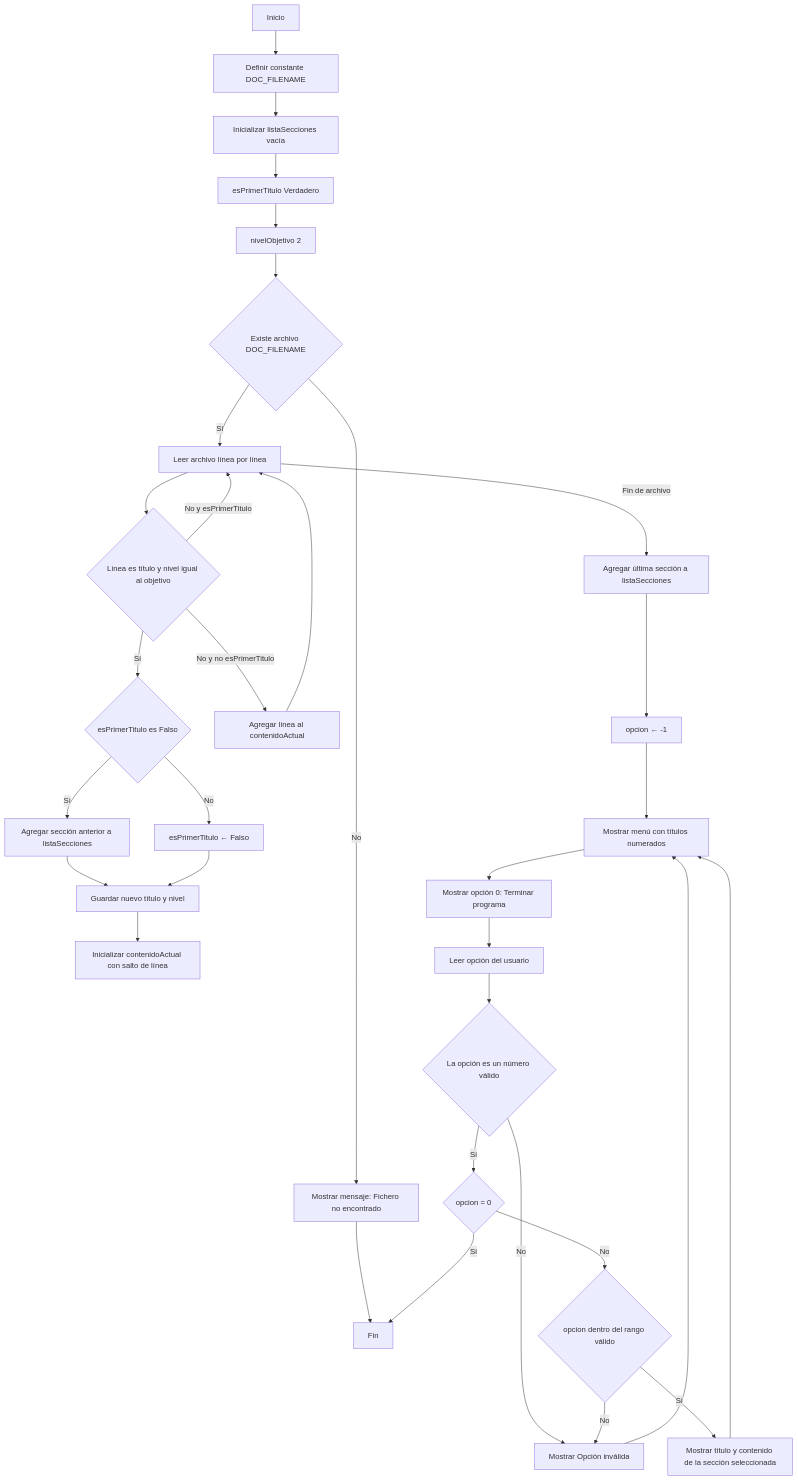
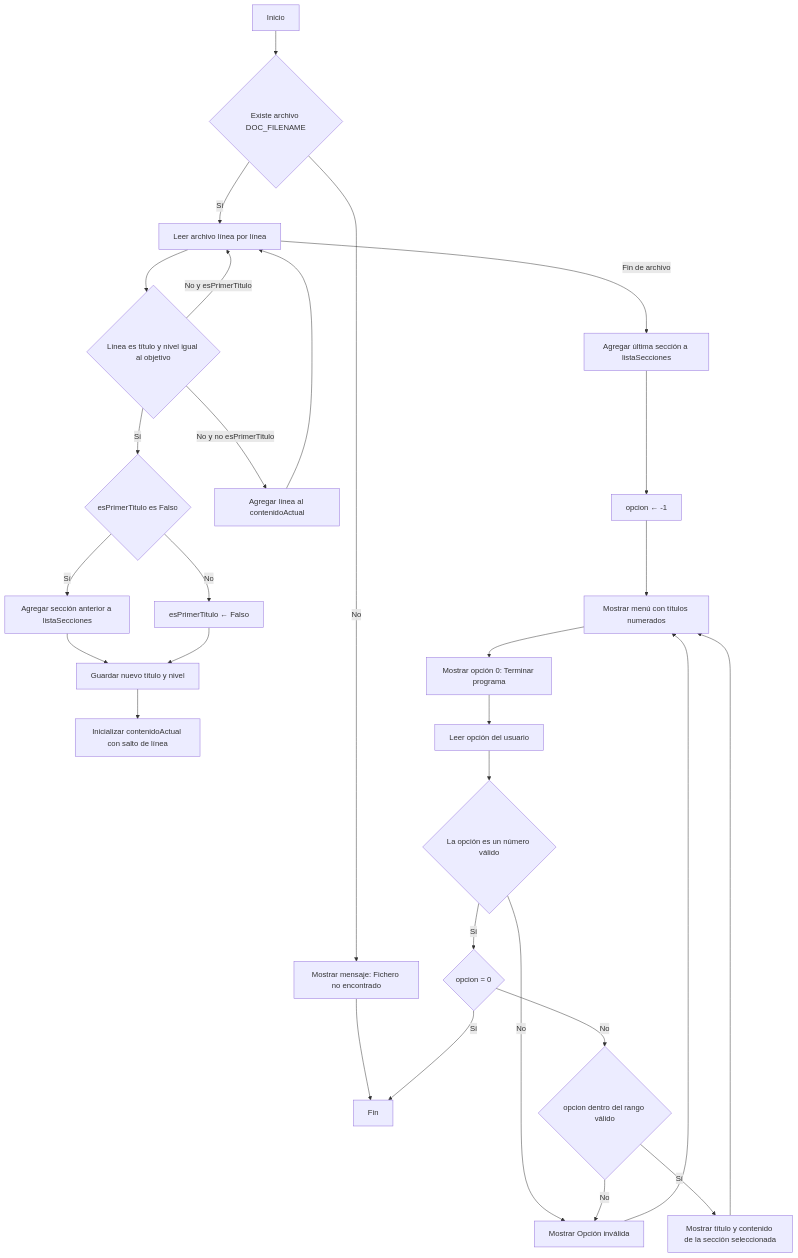
One commit to sjlvanq/guayerd-fundamentosia changed the diagram in entregable/programa.diagrama.md. Above: the diagram before and after it, drawn with Mermaid. The commit also changed 2 other files, not shown here.

Commit message:
Copiar ficheros de /mdmenu a /entregable

````diff
--- a/entregable/programa.diagrama.md
+++ b/entregable/programa.diagrama.md
@@ -1,48 +1,44 @@
 ```mermaid
 flowchart TD
 
-%% --- INICIO Y CONFIGURACIÓN ---
-A[Inicio] --> B[Definir constante DOC_FILENAME]
-B --> C[Inicializar listaSecciones vacía]
-C --> D[esPrimerTitulo Verdadero]
-D --> E[nivelObjetivo 2]
-
-%% --- BLOQUE DE LECTURA DE ARCHIVO ---
-E --> F{Existe archivo DOC_FILENAME}
+%% --- INICIO y BLOQUE DE LECTURA DE ARCHIVO ---
+A[Inicio] --> F{Existe archivo DOC_FILENAME}
 F -->|No| G[Mostrar mensaje: Fichero no encontrado]
 G --> H[Fin del programa]
 F -->|Sí| I[Leer archivo línea por línea]
 
 I --> J{Línea es título y nivel igual al objetivo}
+
 J -->|Sí| K{esPrimerTitulo es Falso}
 K -->|Sí| L[Agregar sección anterior a listaSecciones]
 K -->|No| M[esPrimerTitulo ← Falso]
 L --> N[Guardar nuevo título y nivel]
+
 M --> N
 N --> O[Inicializar contenidoActual con salto de línea]
 J -->|No y no esPrimerTitulo| P[Agregar línea al contenidoActual]
 J -->|No y esPrimerTitulo| I
 P --> I
 I -->|Fin de archivo| Q[Agregar última sección a listaSecciones]
 
 %% --- MENÚ PRINCIPAL ---
 Q --> R[opcion ← -1]
 R --> S[Mostrar menú con títulos numerados]
 S --> T[Mostrar opción 0: Terminar programa]
 T --> U[Leer opción del usuario]
 
 %% --- SELECCIÓN DE OPCIÓN ---
 U --> V{La opción es un número válido}
 V -->|No| W[Mostrar Opción inválida]
 W --> S
 V -->|Sí| X{opcion = 0}
 X -->|Sí| H
 X -->|No| Y{opcion dentro del rango válido}
 Y -->|No| W
 Y -->|Sí| Z[Mostrar título y contenido de la sección seleccionada]
 Z --> S
 
 %% --- FIN ---
 H[Fin]
 
 ```
````
